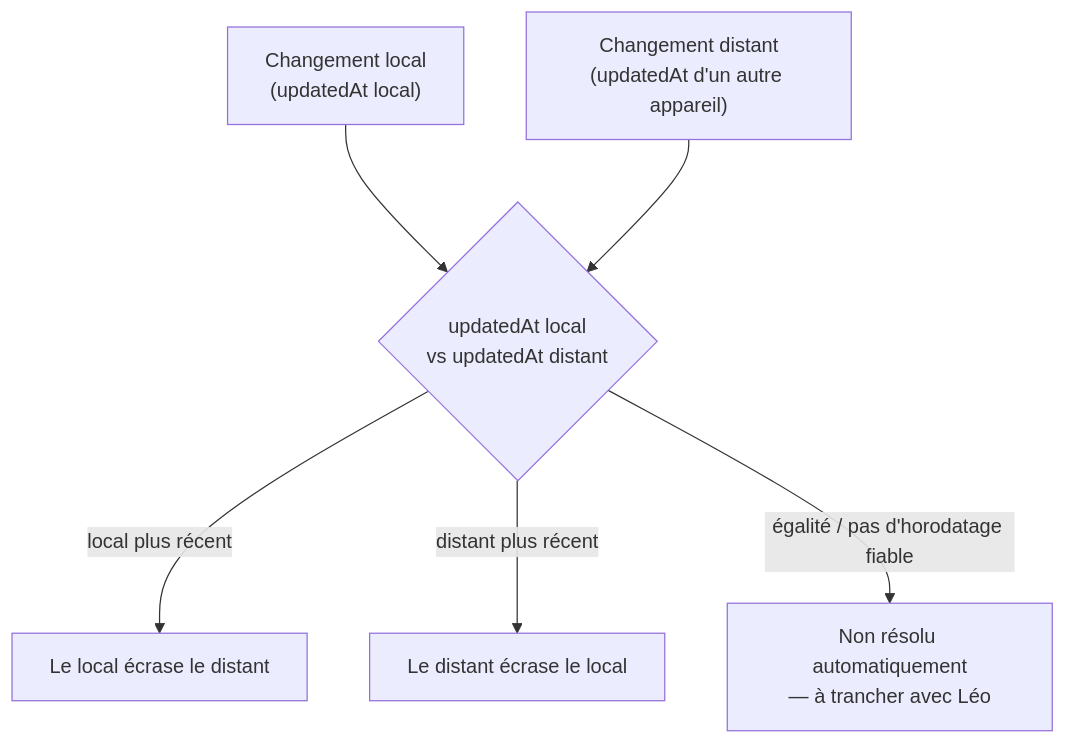
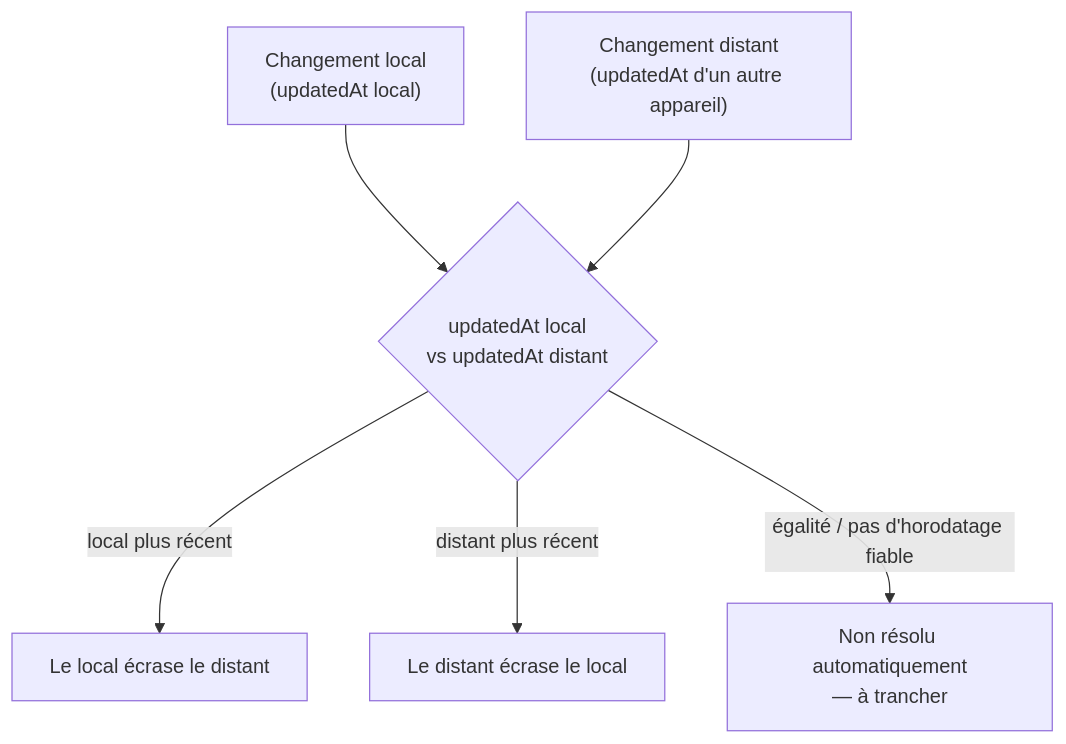
The fifth of 5 diagrams in documentation/backend-flows.md (TiKer-apps/Global-Hub), drawn with Mermaid before and after one commit. The commit also changed other lines of this file and 1 other file, not shown here.

````diff
--- a/documentation/backend-flows.md
+++ b/documentation/backend-flows.md
@@ -138,8 +138,8 @@
 ```mermaid
 flowchart TD
     A["Changement local\n(updatedAt local)"] --> C{"updatedAt local\nvs updatedAt distant"}
     B["Changement distant\n(updatedAt d'un autre appareil)"] --> C
     C -->|"local plus récent"| D["Le local écrase le distant"]
     C -->|"distant plus récent"| E["Le distant écrase le local"]
-    C -->|"égalité / pas d'horodatage fiable"| F["Non résolu automatiquement\n— à trancher avec Léo"]
+    C -->|"égalité / pas d'horodatage fiable"| F["Non résolu automatiquement\n— à trancher"]
 ```
````
